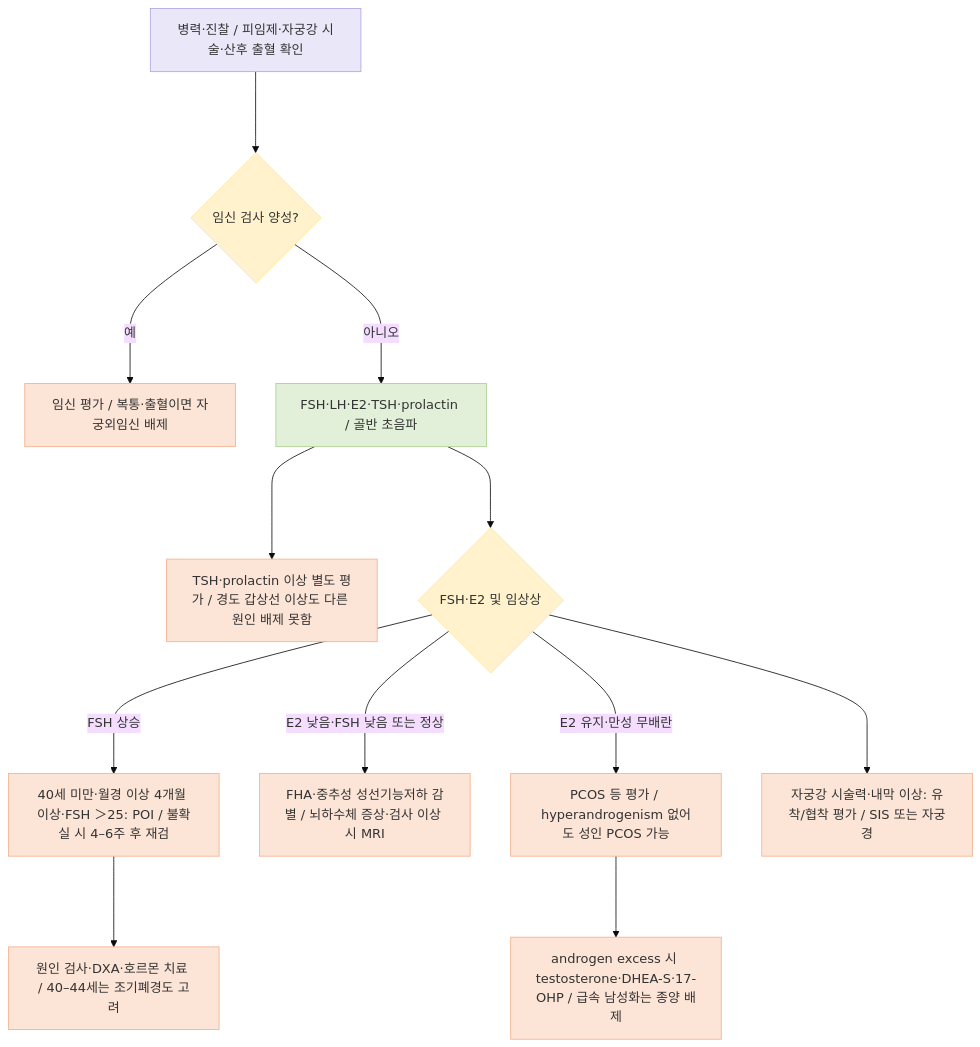
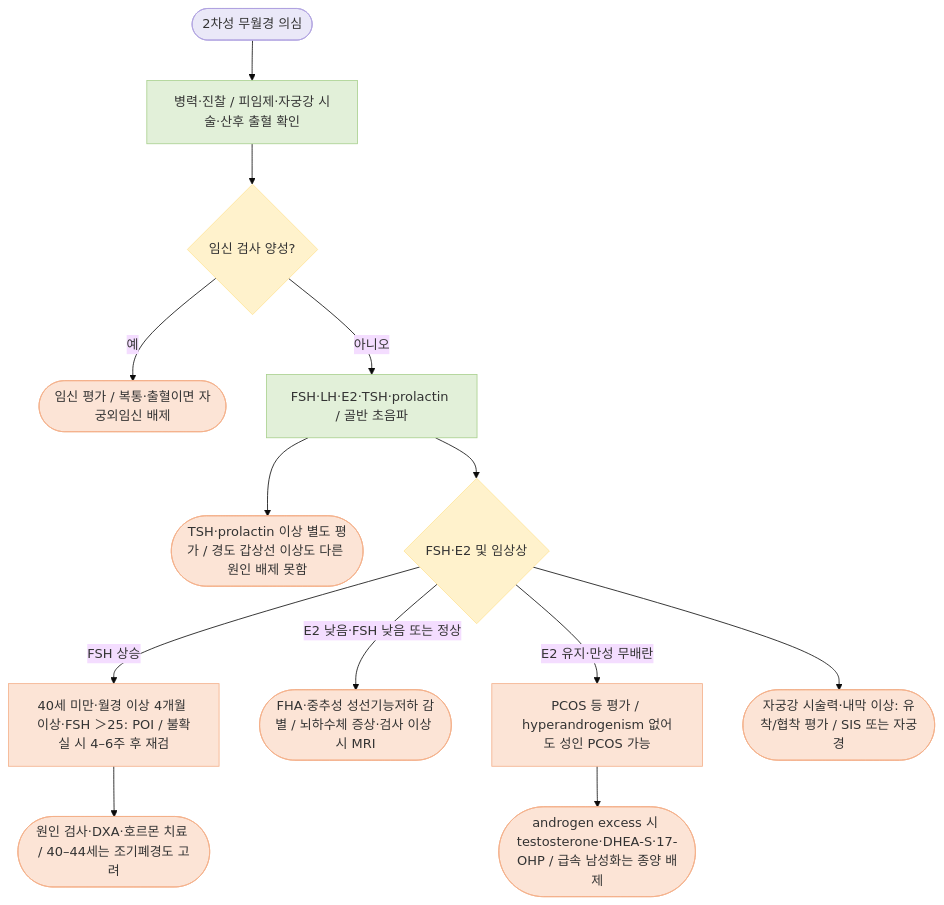
The second of 2 diagrams in 227_/130_-amenorrhea.md (familyoh77/familyoh77), drawn with Mermaid (base theme) before and after one commit. The commit also changed other lines of this file and 5 other files, not shown here.

````diff
--- a/227_/130_-amenorrhea.md
+++ b/227_/130_-amenorrhea.md
@@ -136,22 +143,22 @@
 ```mermaid
 flowchart TD
-    A["병력·진찰 / 피임제·자궁강 시술·산후 출혈 확인"] ---> B{"임신 검사 양성?"}
-    B -- 예 ---> P["임신 평가 / 복통·출혈이면 자궁외임신 배제"]
-    B -- 아니오 ---> C["FSH·LH·E2·TSH·prolactin / 골반 초음파"]
-    C ---> T["TSH·prolactin 이상 별도 평가 / 경도 갑상선 이상도 다른 원인 배제 못함"]
-    C ---> D{"FSH·E2 및 임상상"}
-    D -- FSH 상승 ---> O["40세 미만·월경 이상 4개월 이상·FSH ＞25: POI / 불확실 시 4–6주 후 재검"]
-    O ---> O2["원인 검사·DXA·호르몬 치료 / 40–44세는 조기폐경도 고려"]
-    D -- E2 낮음·FSH 낮음 또는 정상 ---> L["FHA·중추성 성선기능저하 감별 / 뇌하수체 증상·검사 이상 시 MRI"]
-    D -- E2 유지·만성 무배란 ---> N["PCOS 등 평가 / hyperandrogenism 없어도 성인 PCOS 가능"]
-    N ---> N2["androgen excess 시 testosterone·DHEA-S·17-OHP / 급속 남성화는 종양 배제"]
-    D ---> V["자궁강 시술력·내막 이상: 유착/협착 평가 / SIS 또는 자궁경"]
+    A(["2차성 무월경 의심"]) --> A1["병력·진찰 / 피임제·자궁강 시술·산후 출혈 확인"] --> B{"임신 검사 양성?"}
+    B -- 예 --> P(["임신 평가 / 복통·출혈이면 자궁외임신 배제"])
+    B -- 아니오 --> C["FSH·LH·E2·TSH·prolactin / 골반 초음파"]
+    C --> T(["TSH·prolactin 이상 별도 평가 / 경도 갑상선 이상도 다른 원인 배제 못함"])
+    C --> D{"FSH·E2 및 임상상"}
+    D -- FSH 상승 --> O["40세 미만·월경 이상 4개월 이상·FSH ＞25: POI / 불확실 시 4–6주 후 재검"]
+    O --> O2(["원인 검사·DXA·호르몬 치료 / 40–44세는 조기폐경도 고려"])
+    D -- E2 낮음·FSH 낮음 또는 정상 --> L(["FHA·중추성 성선기능저하 감별 / 뇌하수체 증상·검사 이상 시 MRI"])
+    D -- E2 유지·만성 무배란 --> N["PCOS 등 평가 / hyperandrogenism 없어도 성인 PCOS 가능"]
+    N --> N2(["androgen excess 시 testosterone·DHEA-S·17-OHP / 급속 남성화는 종양 배제"])
+    D --> V(["자궁강 시술력·내막 이상: 유착/협착 평가 / SIS 또는 자궁경"])
     classDef start fill:#EAE8F8,stroke:#B0A3E0,color:#333
     classDef test fill:#E2F0D9,stroke:#A9D08E,color:#333
     classDef decision fill:#FFF2CC,stroke:#FFE699,color:#333
     classDef action fill:#FCE4D6,stroke:#F4B08A,color:#333
     class A start
-    class C test
+    class A1,C test
     class B,D decision
     class P,T,O,O2,L,N,N2,V action
 ```
````
